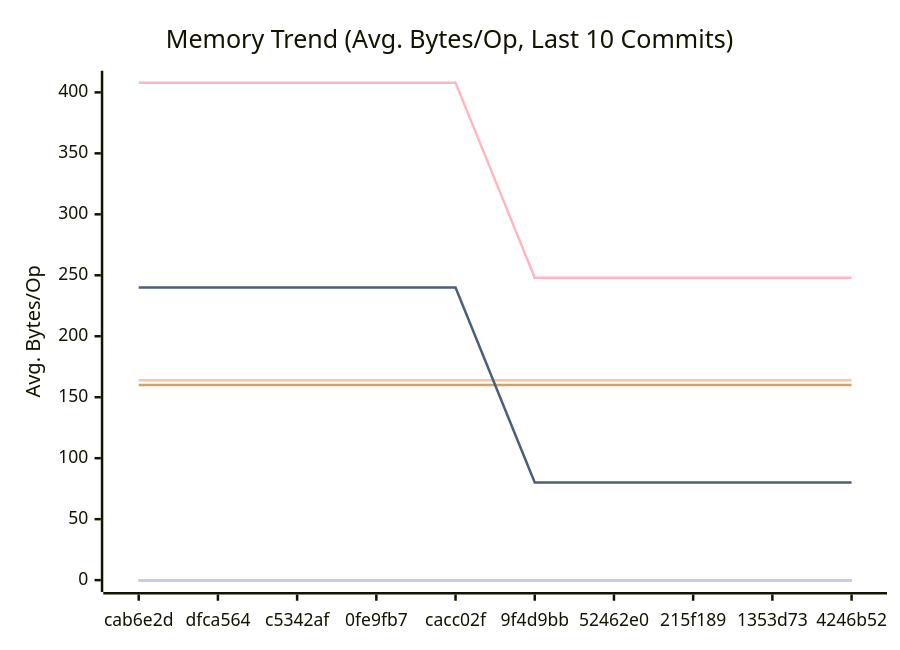
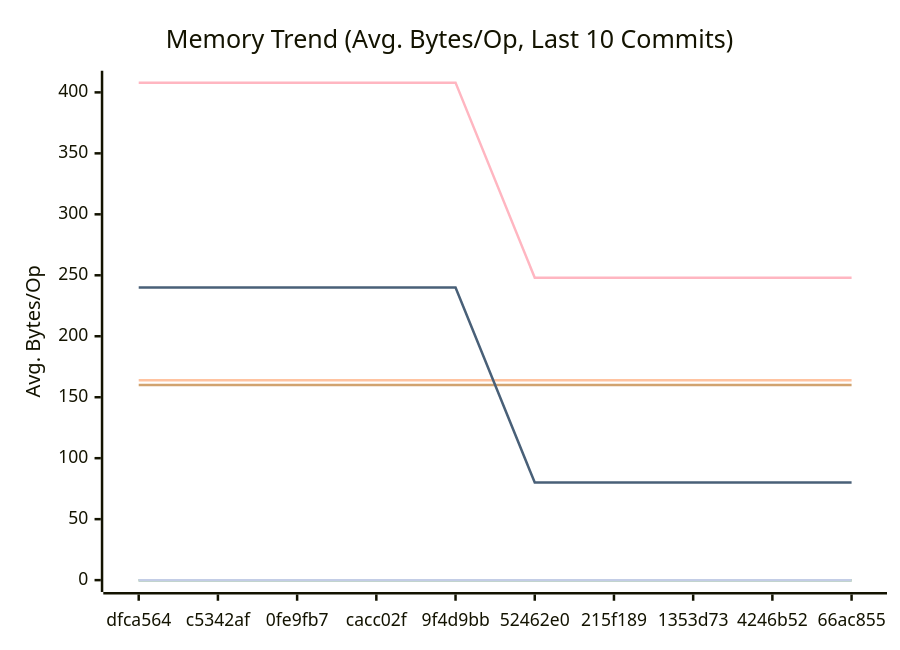
Before and after one commit to alsotoes/momo: the second of 3 diagrams in docs/PERFORMANCE.md, drawn with Mermaid. The commit also changed other lines of this file and 3 other files, not shown here.

````diff
--- a/docs/PERFORMANCE.md
+++ b/docs/PERFORMANCE.md
@@ -97,16 +97,16 @@
 ```mermaid
 xychart-beta
     title "Memory Trend (Avg. Bytes/Op, Last 10 Commits)"
     x-axis "Commit"
     y-axis "Avg. Bytes/Op"
-    x-axis [cab6e2d,dfca564,c5342af,0fe9fb7,cacc02f,9f4d9bb,52462e0,215f189,1353d73,4246b52]
+    x-axis [dfca564,c5342af,0fe9fb7,cacc02f,9f4d9bb,52462e0,215f189,1353d73,4246b52,66ac855]
     line "CheckMetricsAndSwap" [0,0,0,0,0,0,0,0,0,0]
     line "CrushOptimized" [0,0,0,0,0,0,0,0,0,0]
     line "CrushOriginal" [164,164,164,164,164,164,164,164,164,164]
     line "IndexDirectTracking" [0,0,0,0,0,0,0,0,0,0]
     line "IndexSearch" [0,0,0,0,0,0,0,0,0,0]
     line "LoadGlobalConfig" [160,160,160,160,160,160,160,160,160,160]
     line "PadString" [0,0,0,0,0,0,0,0,0,0]
     line "ParseReplicationOrder_NoPrealloc" [408,408,408,408,408,248,248,248,248,248]
     line "ParseReplicationOrder_Prealloc" [240,240,240,240,240,80,80,80,80,80]
 ```
````
